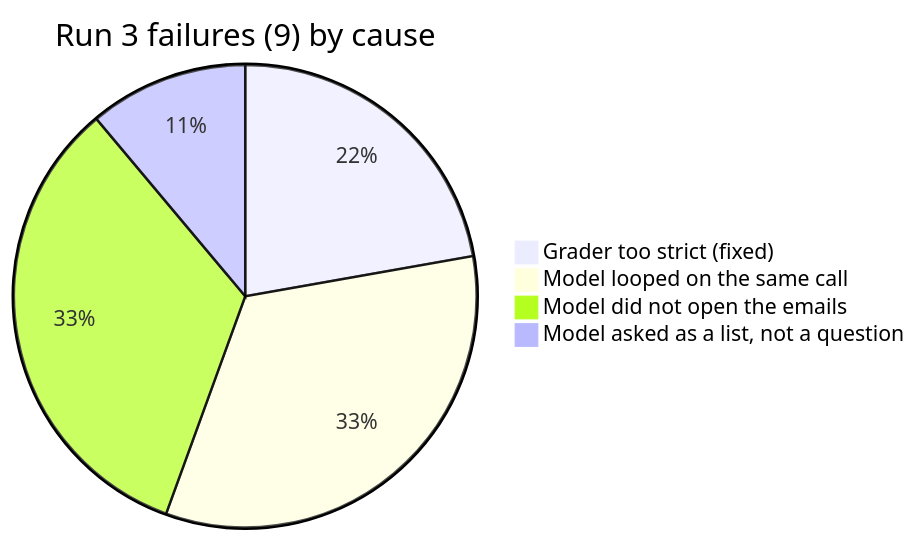
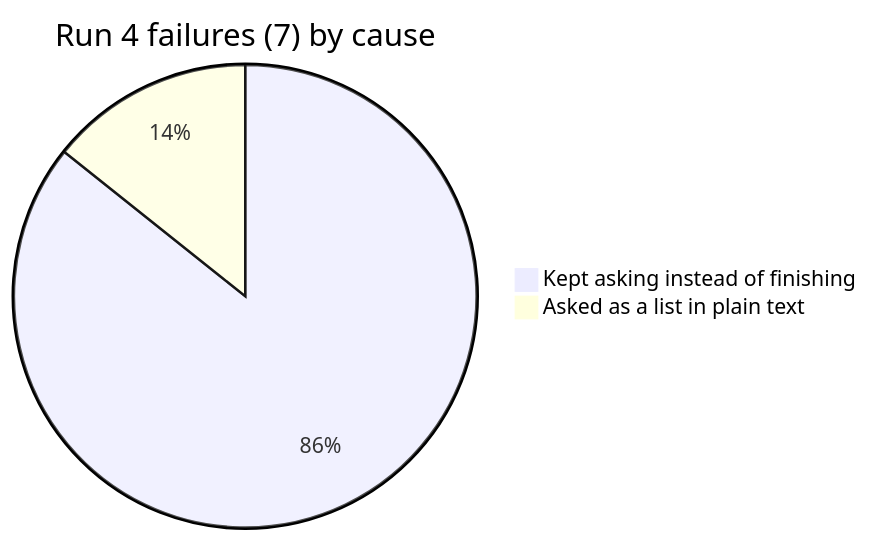
Before and after one commit to remy-plus/remy: the second of 2 diagrams in evals/results/2026-10-25-gpt-5-nano-breakdown.md, drawn with Mermaid. The commit also changed other lines of this file and 2 other files, not shown here.

Commit message:
evals: GPT-5 nano run 4 (k=5) and breakdown

````diff
--- a/evals/results/2026-10-25-gpt-5-nano-breakdown.md
+++ b/evals/results/2026-10-25-gpt-5-nano-breakdown.md
@@ -44,7 +52,5 @@
 ```mermaid
-pie title Run 3 failures (9) by cause
-    "Grader too strict (fixed)" : 2
-    "Model looped on the same call" : 3
-    "Model did not open the emails" : 3
-    "Model asked as a list, not a question" : 1
+pie title Run 4 failures (7) by cause
+    "Kept asking instead of finishing" : 6
+    "Asked as a list in plain text" : 1
 ```
````
